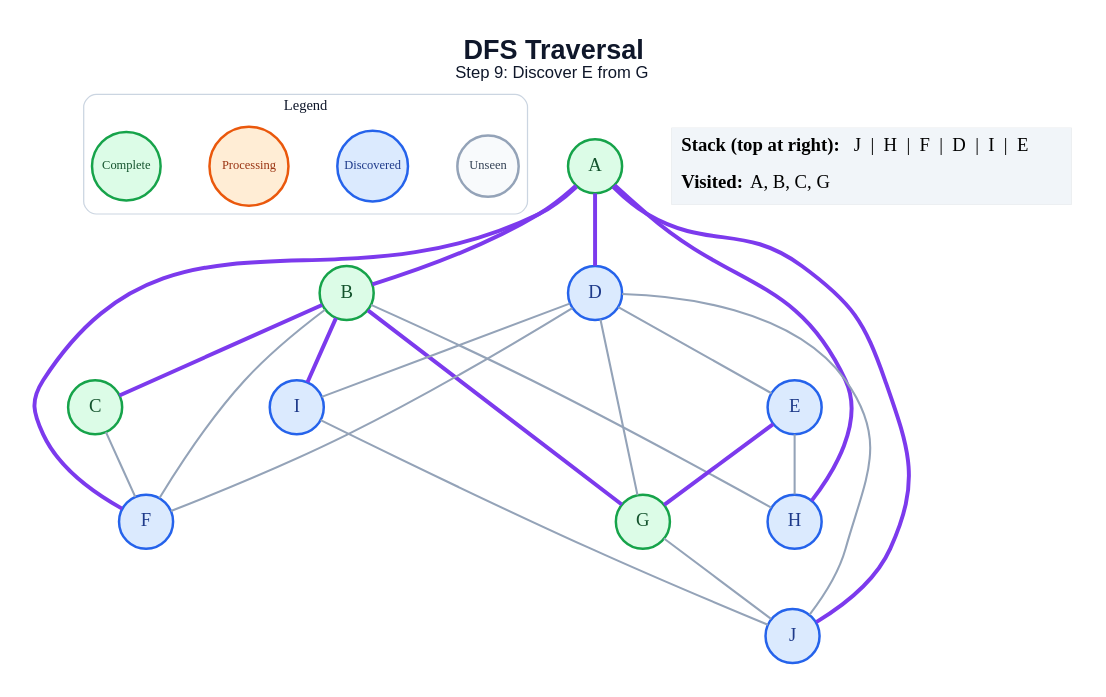
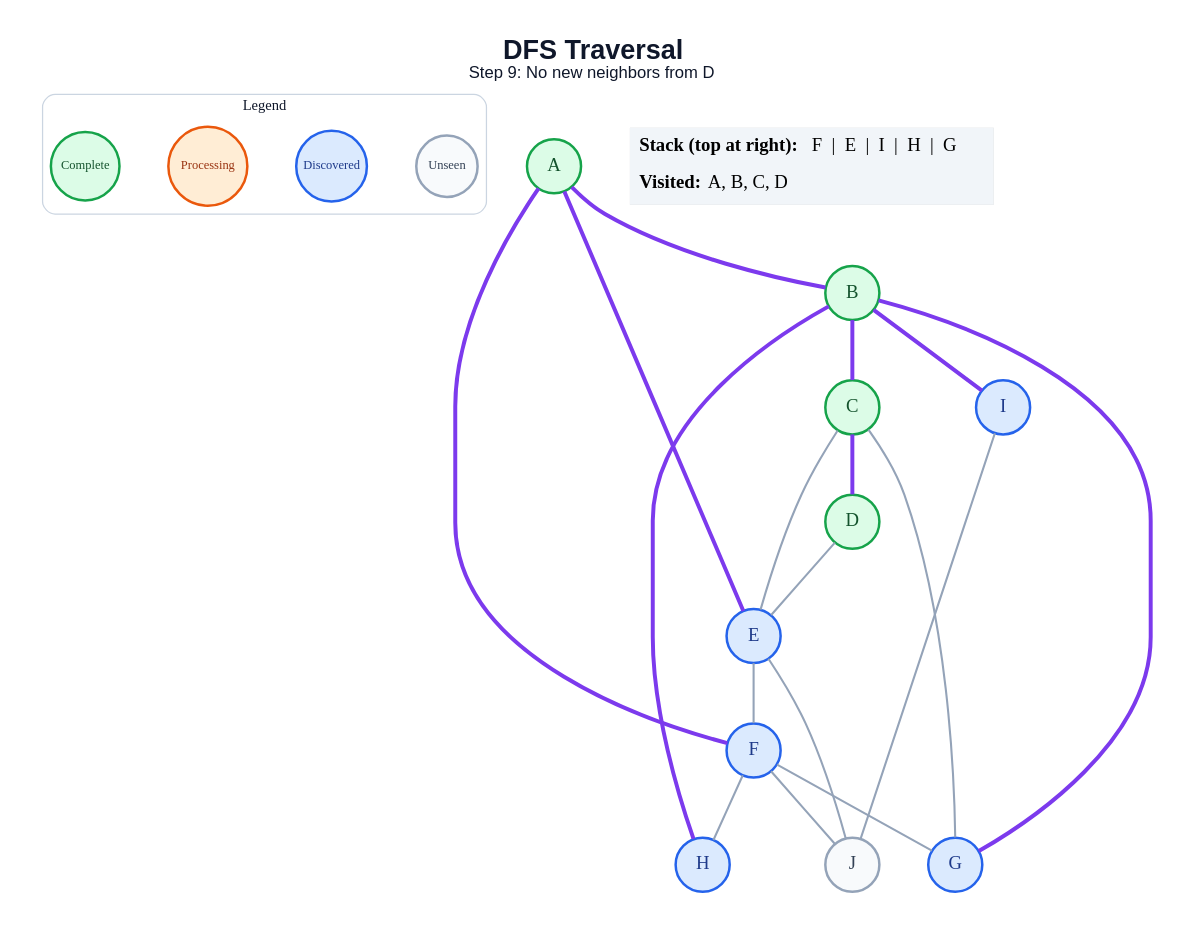
One commit to amanghodawala9/ai-slop changed the diagram in generated/dfs/step_09.dot. Above: the diagram before and after it, drawn with Graphviz. The commit also changed 178 other files, not shown here.

```diff
--- a/generated/dfs/step_09.dot
+++ b/generated/dfs/step_09.dot
@@ -1,49 +1,46 @@
 graph traversal {
   graph [layout=dot, rankdir=TB, bgcolor="#FFFFFF", pad="0.35", nodesep="0.65", ranksep="0.8", fontname="Arial"];
   node [shape=circle, style="filled", fontname="Arial Bold", fontsize=18, width=0.72, fixedsize=true, penwidth=2.4];
   edge [color="#94A3B8", penwidth=2.0];
-  label=<<B>DFS Traversal</B><BR/><FONT POINT-SIZE="16">Step 9: Discover E from G</FONT>>; labelloc="t"; fontsize=26; fontname="Arial"; fontcolor="#0F172A";
+  label=<<B>DFS Traversal</B><BR/><FONT POINT-SIZE="16">Step 9: No new neighbors from D</FONT>>; labelloc="t"; fontsize=26; fontname="Arial"; fontcolor="#0F172A";
   subgraph cluster_legend { label="Legend"; color="#CBD5E1"; penwidth=1.2; style="rounded"; fontsize=14; fontname="Arial Bold";
     key_unseen [label="Unseen", fillcolor="#F8FAFC", color="#94A3B8", fontcolor="#334155", fontsize=12, width=0.82];
     key_frontier [label="Discovered", fillcolor="#DBEAFE", color="#2563EB", fontcolor="#1E3A8A", fontsize=12, width=0.95];
     key_current [label="Processing", fillcolor="#FFEDD5", color="#EA580C", fontcolor="#9A3412", fontsize=12, width=1.05];
     key_done [label="Complete", fillcolor="#DCFCE7", color="#16A34A", fontcolor="#14532D", fontsize=12, width=0.92];
     { rank=same; key_unseen; key_frontier; key_current; key_done; }
   }
   A [fillcolor="#DCFCE7", color="#16A34A", fontcolor="#14532D"];
   B [fillcolor="#DCFCE7", color="#16A34A", fontcolor="#14532D"];
   C [fillcolor="#DCFCE7", color="#16A34A", fontcolor="#14532D"];
-  D [fillcolor="#DBEAFE", color="#2563EB", fontcolor="#1E3A8A"];
+  D [fillcolor="#DCFCE7", color="#16A34A", fontcolor="#14532D"];
   E [fillcolor="#DBEAFE", color="#2563EB", fontcolor="#1E3A8A"];
   F [fillcolor="#DBEAFE", color="#2563EB", fontcolor="#1E3A8A"];
-  G [fillcolor="#DCFCE7", color="#16A34A", fontcolor="#14532D"];
+  G [fillcolor="#DBEAFE", color="#2563EB", fontcolor="#1E3A8A"];
   H [fillcolor="#DBEAFE", color="#2563EB", fontcolor="#1E3A8A"];
   I [fillcolor="#DBEAFE", color="#2563EB", fontcolor="#1E3A8A"];
-  J [fillcolor="#DBEAFE", color="#2563EB", fontcolor="#1E3A8A"];
+  J [fillcolor="#F8FAFC", color="#94A3B8", fontcolor="#334155"];
   A -- B [color="#7C3AED", penwidth=3.8];
-  A -- D [color="#7C3AED", penwidth=3.8];
+  A -- E [color="#7C3AED", penwidth=3.8];
   A -- F [color="#7C3AED", penwidth=3.8];
-  A -- H [color="#7C3AED", penwidth=3.8];
-  A -- J [color="#7C3AED", penwidth=3.8];
   B -- C [color="#7C3AED", penwidth=3.8];
-  B -- F;
   B -- G [color="#7C3AED", penwidth=3.8];
-  B -- H;
+  B -- H [color="#7C3AED", penwidth=3.8];
   B -- I [color="#7C3AED", penwidth=3.8];
-  C -- F;
+  C -- D [color="#7C3AED", penwidth=3.8];
+  C -- E;
+  C -- G;
   D -- E;
-  D -- F;
-  D -- G;
-  D -- I;
-  D -- J;
-  E -- G [color="#7C3AED", penwidth=3.8];
-  E -- H;
-  G -- J;
+  E -- F;
+  E -- J;
+  F -- G;
+  F -- H;
+  F -- J;
   I -- J;
   status [shape=plain, fixedsize=false, width=0, height=0, margin=0, label=<
     <TABLE BORDER="0" CELLBORDER="0" CELLPADDING="7" BGCOLOR="#F1F5F9">
-      <TR><TD ALIGN="LEFT"><B>Stack (top at right):</B> J  |  H  |  F  |  D  |  I  |  E</TD></TR>
-      <TR><TD ALIGN="LEFT"><B>Visited:</B> A, B, C, G</TD></TR>
+      <TR><TD ALIGN="LEFT"><B>Stack (top at right):</B> F  |  E  |  I  |  H  |  G</TD></TR>
+      <TR><TD ALIGN="LEFT"><B>Visited:</B> A, B, C, D</TD></TR>
     </TABLE>
   >];
 }
```
